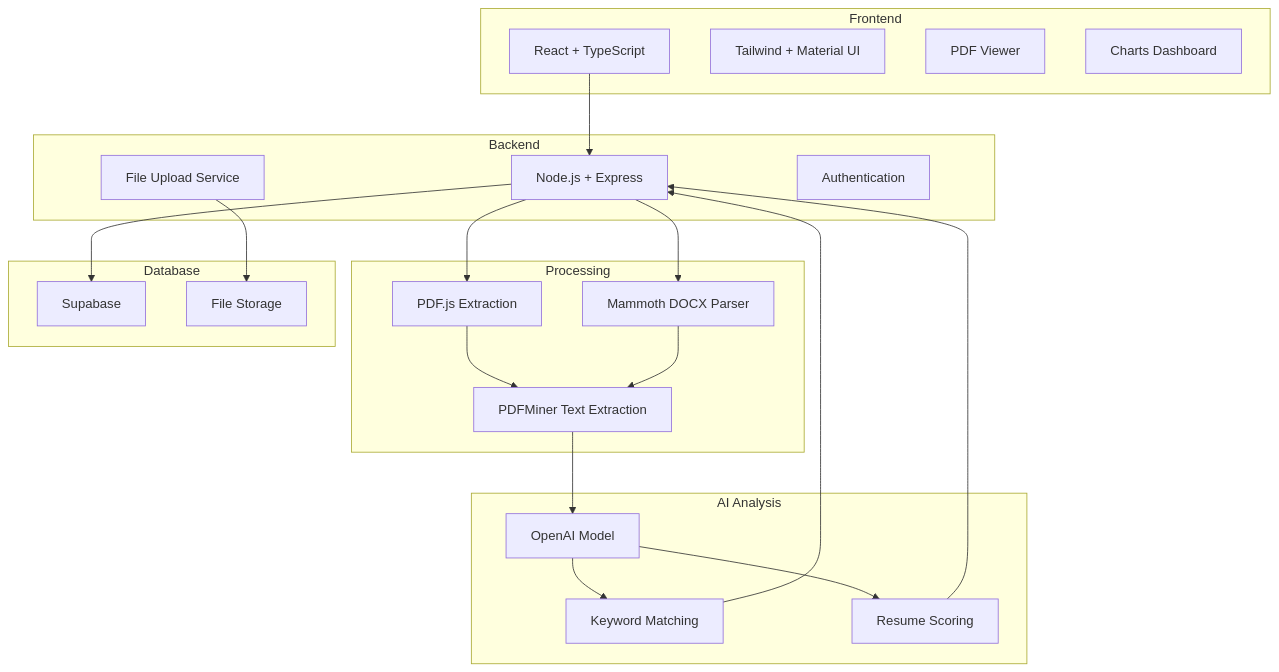
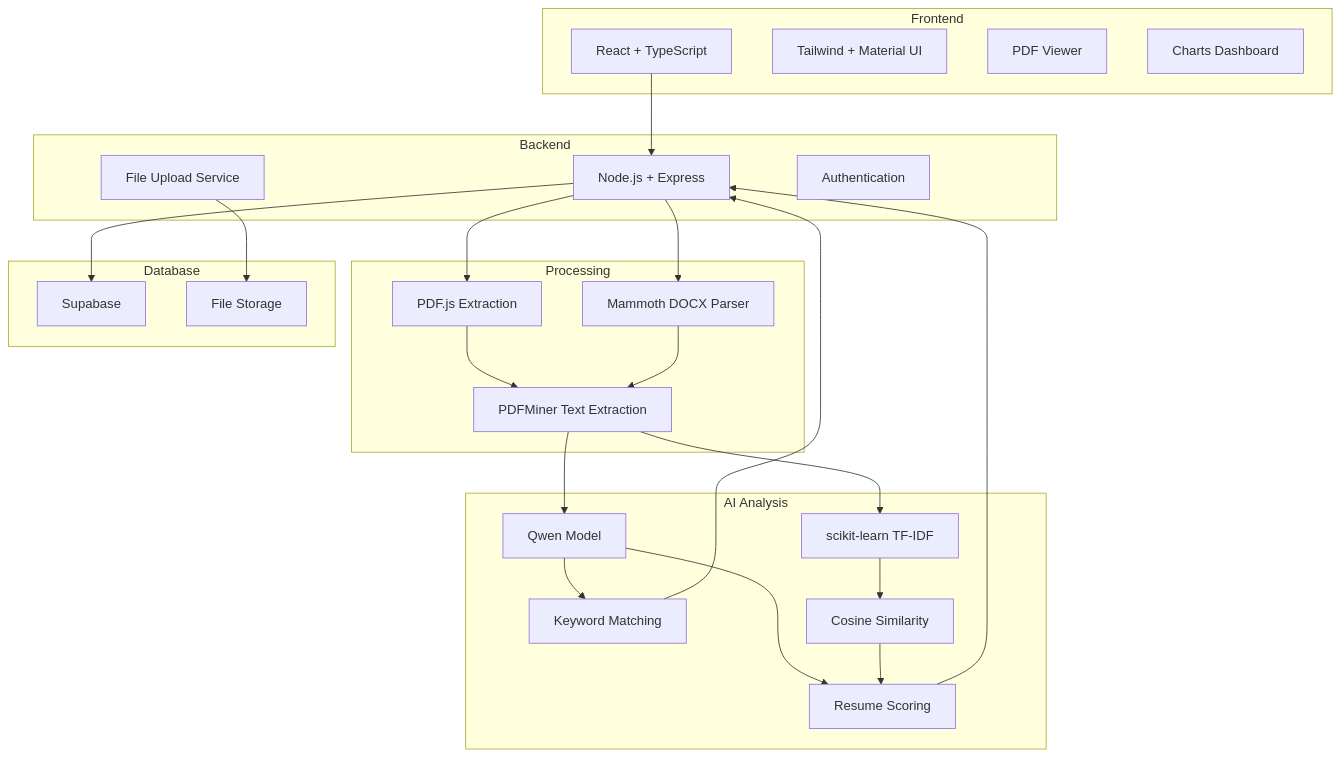
The second of 2 diagrams in README.md (MarcusMQF/Foresight-platform), drawn with Mermaid before and after one commit. The commit also changed other lines of this file and 5 other files, not shown here.

````diff
--- a/README.md
+++ b/README.md
@@ -87,45 +89,50 @@
 ```mermaid
 graph TD
     subgraph "Frontend"
         A1[React + TypeScript]
         A2[Tailwind + Material UI]
         A3[PDF Viewer]
         A4[Charts Dashboard]
     end
     
     subgraph "Backend"
         B1[Node.js + Express]
         B2[File Upload Service]
         B3[Authentication]
     end
     
     subgraph "Processing"
         C1[PDF.js Extraction]
         C2[Mammoth DOCX Parser]
         C3[PDFMiner Text Extraction]
     end
     
     subgraph "AI Analysis"
-        E1[OpenAI Model]
+        E1[Qwen Model]
         E2[Keyword Matching]
         E3[Resume Scoring]
+        E4[scikit-learn TF-IDF]
+        E5[Cosine Similarity]
     end
     
     subgraph "Database"
         D1[Supabase]
         D2[File Storage]
     end
     
     A1 --> B1
     B1 --> C1
     B1 --> C2
     C1 --> C3
     C2 --> C3
     C3 --> E1
+    C3 --> E4
     E1 --> E2
     E1 --> E3
+    E4 --> E5
+    E5 --> E3
     E2 --> B1
     E3 --> B1
     B1 --> D1
     B2 --> D2
 ```
````
